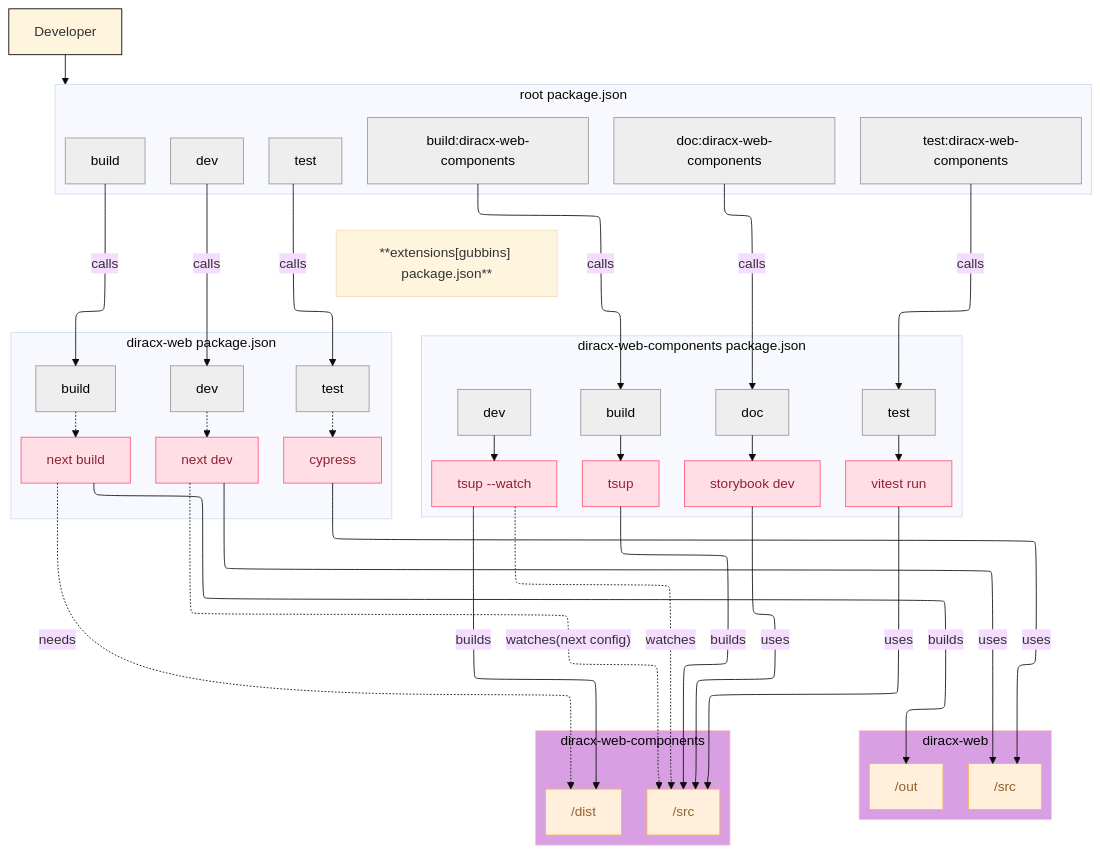
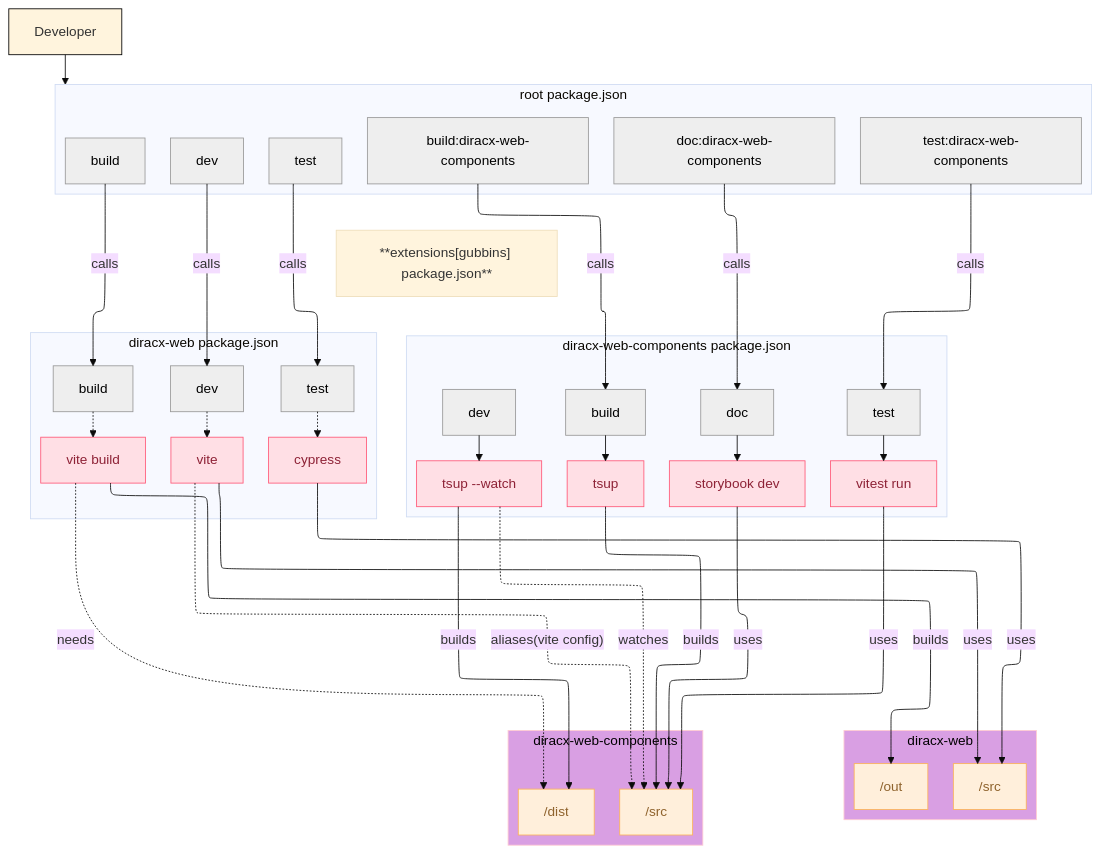
Before and after one commit to DIRACGrid/diracx-web: the diagram in docs/dev/how-to/setup-web-environment.md, drawn with Mermaid (base theme). The commit also changed other lines of this file and 1 other file, not shown here.

Commit message:
docs(web): update dev docs for the Vite migration
setup-web-environment.md and web-getting-started.md still described
diracx-web as Next.js-based. manage-web-extension.md needs no change:
it only covers the still-Next.js-based gubbins extension.

```diff
--- a/docs/dev/how-to/setup-web-environment.md
+++ b/docs/dev/how-to/setup-web-environment.md
@@ -25,11 +25,11 @@
         lib:storybook["doc"]
   end
  subgraph diracx-web-cmds["diracx-web package.json"]
-        nextdev["next dev"]
+        vitedev["vite"]
         diracx-web:dev["dev"]
         cypress["cypress"]
         diracx-web:test["test"]
-        next["next build"]
+        vitebuild["vite build"]
         diracx-web:build["build"]
   end
  subgraph diracx-web["diracx-web"]
@@ -44,9 +44,9 @@
     lib:test --> vitest
     lib:build --> tsup:build
     lib:storybook --> storybook
-    diracx-web:dev -.-> nextdev
+    diracx-web:dev -.-> vitedev
     diracx-web:test -.-> cypress
-    diracx-web:build -.-> next
+    diracx-web:build -.-> vitebuild
     user["Developer"] --> root-cmds
     root:test:lib -- calls --> lib:test
     root:build:lib -- calls --> lib:build
@@ -56,10 +56,10 @@
     root:test -- calls --> diracx-web:test
     root:test ~~~ gubbins-cmds["**extensions[gubbins] package.json**"]
     cypress -- uses --> diracx-src
-    nextdev -- uses --> diracx-src
-    nextdev -. watches(next config) .-> lib-src
-    next -- builds --> diracx-out
-    next -. needs .-> lib-out
+    vitedev -- uses --> diracx-src
+    vitedev -. aliases(vite config) .-> lib-src
+    vitebuild -- builds --> diracx-out
+    vitebuild -. needs .-> lib-out
     tsup:watch -- builds --> lib-out
     tsup:watch -. watches .-> lib-src
     vitest -- uses --> lib-src
@@ -79,11 +79,11 @@
      lib:build:::Ash
      storybook:::Rose
      lib:storybook:::Ash
-     nextdev:::Rose
+     vitedev:::Rose
      diracx-web:dev:::Ash
      cypress:::Rose
      diracx-web:test:::Ash
-     next:::Rose
+     vitebuild:::Rose
      diracx-web:build:::Ash
      diracx-src:::Peach
      diracx-out:::Peach
```
